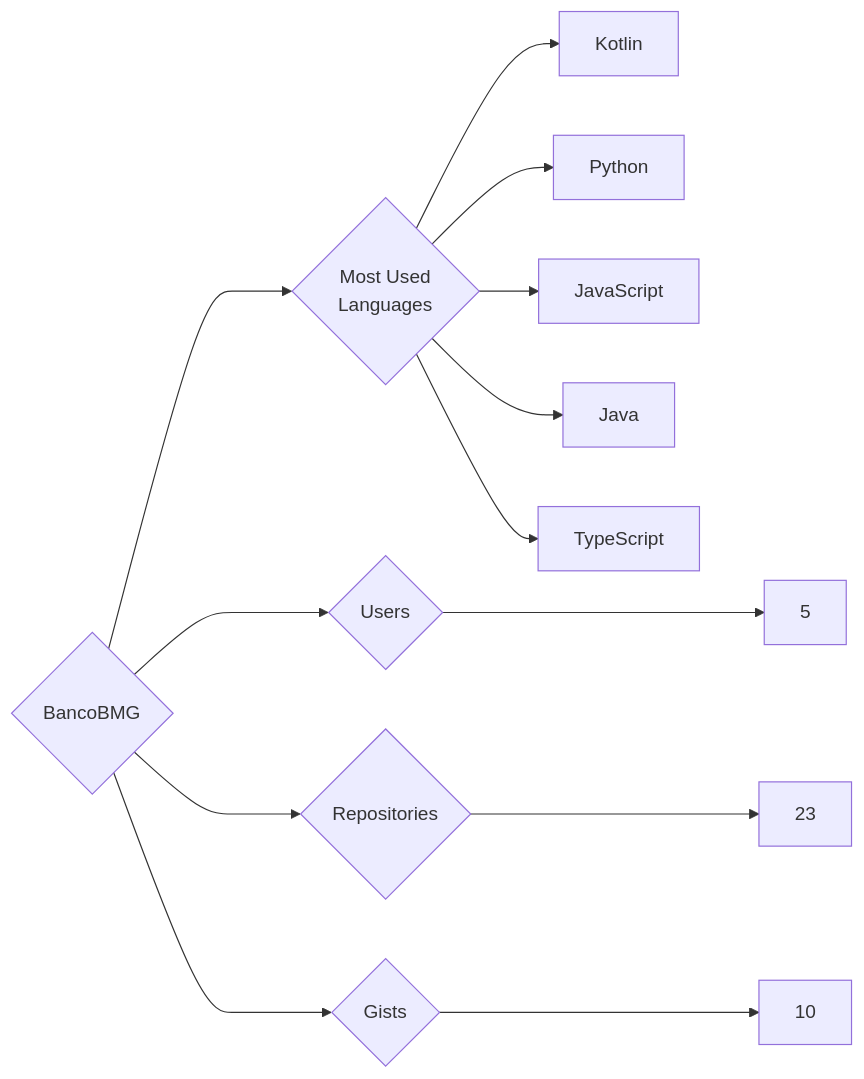
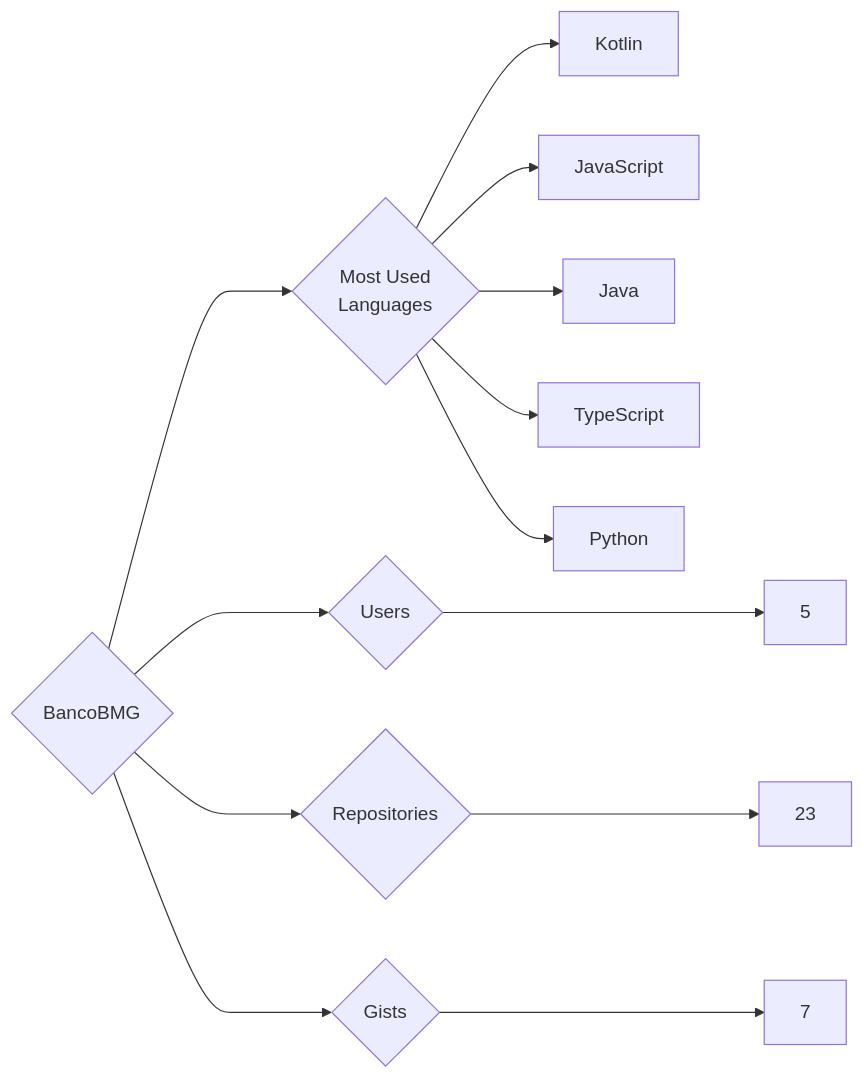
One commit to trickest/insiders changed the diagram in targets/BancoBMG/README.md. Above: the diagram before and after it, drawn with Mermaid. The commit also changed 1055 other files, not shown here.

````diff
--- a/targets/BancoBMG/README.md
+++ b/targets/BancoBMG/README.md
@@ -3,13 +3,13 @@
 ```mermaid
 graph LR
 COMPANY_NAME{BancoBMG}
 COMPANY_NAME ---> U{Users} ---> UN[5]
 COMPANY_NAME ---> R{Repositories} ---> RN[23]
-COMPANY_NAME ---> G{Gists} ---> GN[10]
+COMPANY_NAME ---> G{Gists} ---> GN[7]
 COMPANY_NAME ---> ML{Most Used<br>Languages}
 ML --> Kotlin[Kotlin]
-ML --> Python[Python]
 ML --> JavaScript[JavaScript]
 ML --> Java[Java]
 ML --> TypeScript[TypeScript]
+ML --> Python[Python]
 ```
````
